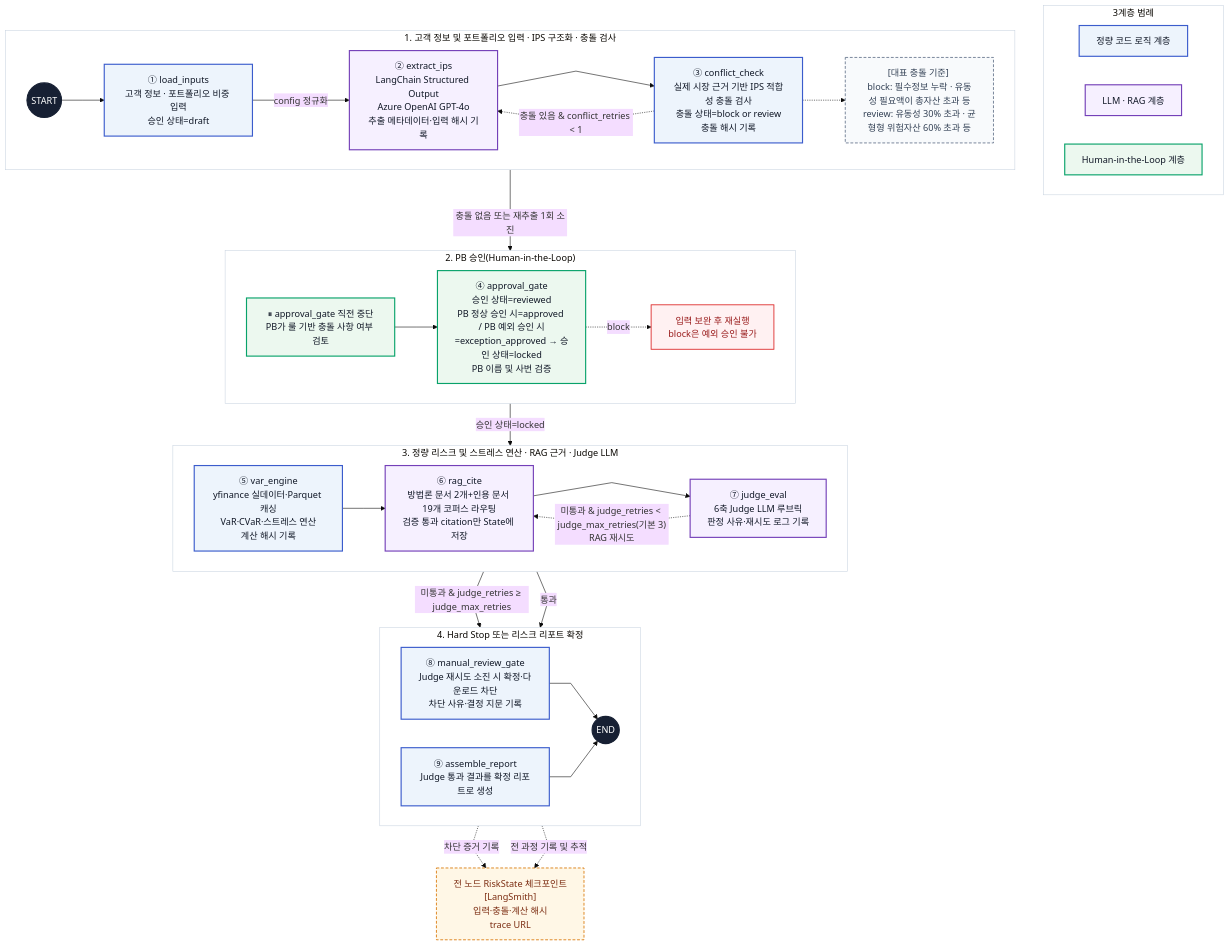
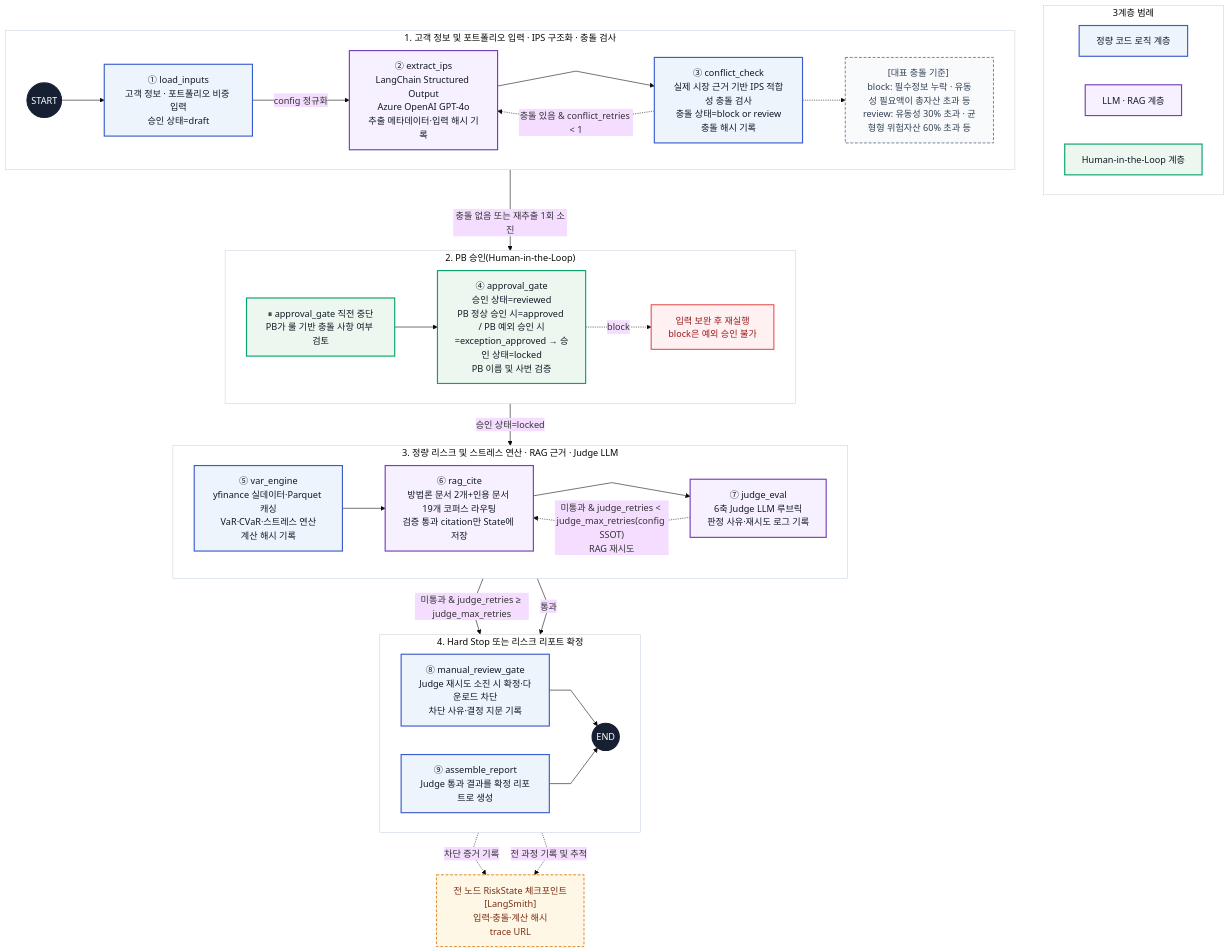
One commit to SamsungSecurities-YoungCreator-15th-4/S_Hub changed the diagram in README.md. Above: the diagram before and after it, drawn with Mermaid. The commit also changed other lines of this file and 10 other files, not shown here.

```diff
--- a/README.md
+++ b/README.md
@@ -47,7 +47,7 @@
 
         N5 --> N6
         N6 --> N7
-        N7 -. "미통과 & judge_retries < judge_max_retries(기본 3)<br/>RAG 재시도" .-> N6
+        N7 -. "미통과 & judge_retries < judge_max_retries(config SSOT)<br/>RAG 재시도" .-> N6
     end
 
     subgraph STEP4["4. Hard Stop 또는 리스크 리포트 확정"]
```
